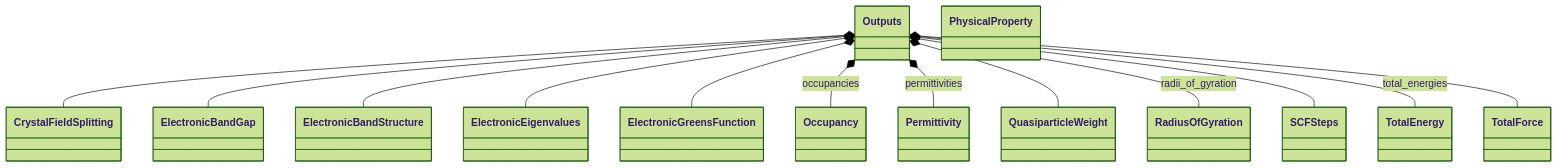
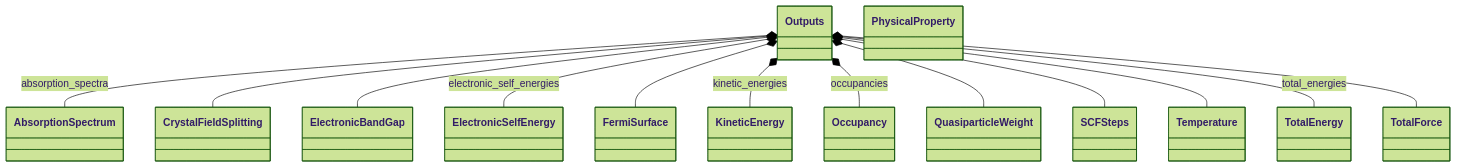
One commit to FAIRmat-NFDI/nomad-simulations changed the first of 2 diagrams in docs/schema/outputs.diagram.md. Above: the diagram before and after it, drawn with Mermaid (forest theme). The commit also changed 12 other files, not shown here.

````diff
--- a/docs/schema/outputs.diagram.md
+++ b/docs/schema/outputs.diagram.md
@@ -14,43 +14,43 @@
 ```mermaid
 classDiagram
+    class AbsorptionSpectrum {
+    }
     class CrystalFieldSplitting {
     }
     class ElectronicBandGap {
     }
-    class ElectronicBandStructure {
+    class ElectronicSelfEnergy {
     }
-    class ElectronicEigenvalues {
+    class FermiSurface {
     }
-    class ElectronicGreensFunction {
+    class KineticEnergy {
     }
     class Occupancy {
     }
     class Outputs {
     }
-    class Permittivity {
-    }
     class PhysicalProperty {
     }
     class QuasiparticleWeight {
     }
-    class RadiusOfGyration {
+    class SCFSteps {
     }
-    class SCFSteps {
+    class Temperature {
     }
     class TotalEnergy {
     }
     class TotalForce {
     }
+    Outputs *-- AbsorptionSpectrum : absorption_spectra
     Outputs *-- CrystalFieldSplitting
     Outputs *-- ElectronicBandGap
-    Outputs *-- ElectronicBandStructure
-    Outputs *-- ElectronicEigenvalues
-    Outputs *-- ElectronicGreensFunction
+    Outputs *-- ElectronicSelfEnergy : electronic_self_energies
+    Outputs *-- FermiSurface
+    Outputs *-- KineticEnergy : kinetic_energies
     Outputs *-- Occupancy : occupancies
-    Outputs *-- Permittivity : permittivities
     Outputs *-- QuasiparticleWeight
-    Outputs *-- RadiusOfGyration : radii_of_gyration
     Outputs *-- SCFSteps
+    Outputs *-- Temperature
     Outputs *-- TotalEnergy : total_energies
     Outputs *-- TotalForce
 ```
````
